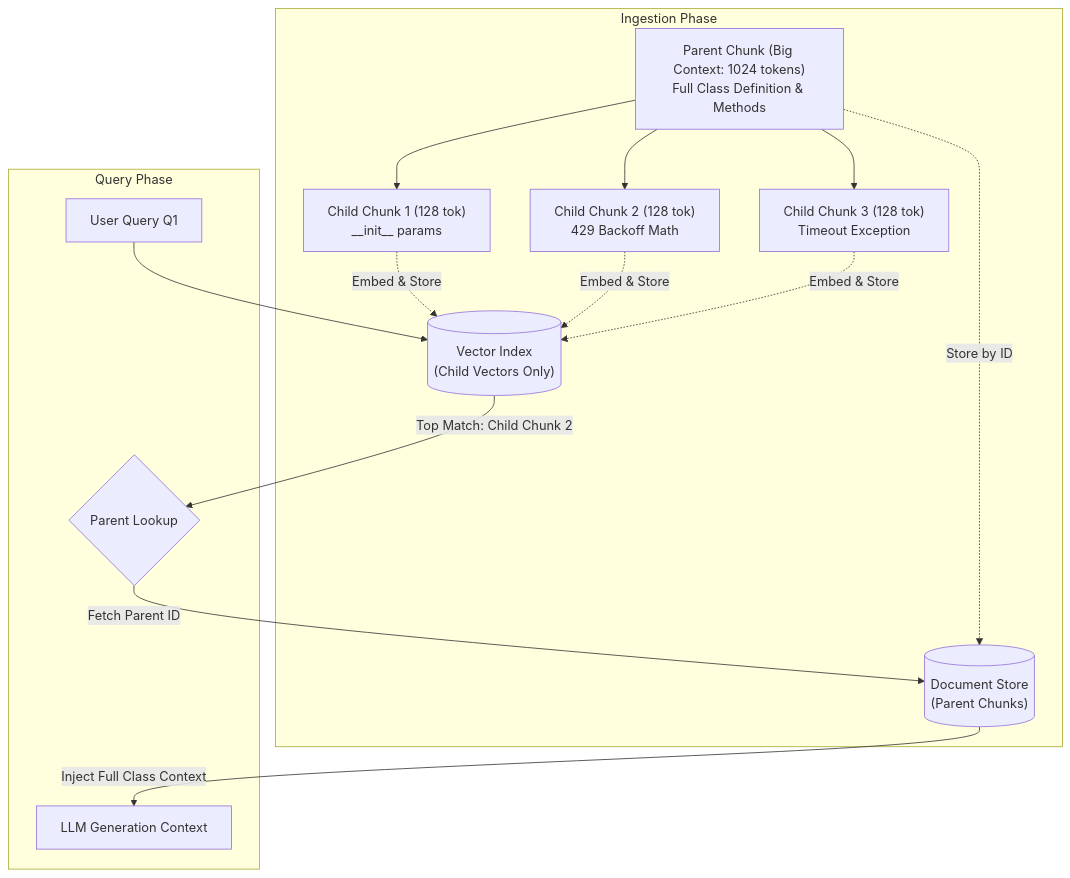
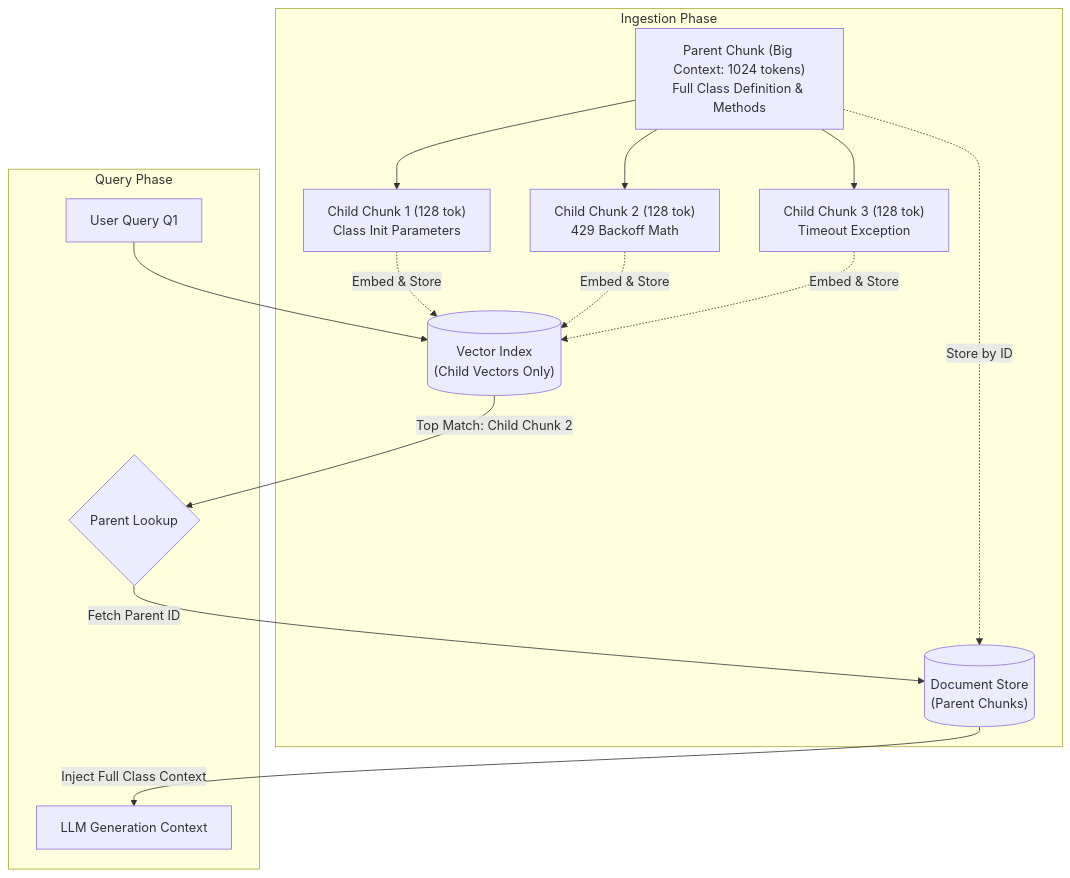
Before and after one commit to divyansh070/ml_notes: the fifth of 6 diagrams in rag-guide/01-ingestion.md, drawn with Mermaid. The commit also changed other lines of this file and 8 other files, not shown here.

Commit message:
fix(rag-guide): resolve Mermaid syntax, xychart, and MathJax rendering issues for GitHub

````diff
--- a/rag-guide/01-ingestion.md
+++ b/rag-guide/01-ingestion.md
@@ -457,20 +457,20 @@
 ```mermaid
 flowchart TD
     subgraph INDEXING ["Ingestion Phase"]
-        PARENT["Parent Chunk (Big Context: 1024 tokens)<br/>Full Class Definition & Methods"]
-        PARENT --> C1["Child Chunk 1 (128 tok)<br/>__init__ params"]
-        PARENT --> C2["Child Chunk 2 (128 tok)<br/>429 Backoff Math"]
-        PARENT --> C3["Child Chunk 3 (128 tok)<br/>Timeout Exception"]
-        C1 -. Embed & Store .-> VEC_DB[("Vector Index<br/>(Child Vectors Only)")]
-        C2 -. Embed & Store .-> VEC_DB
-        C3 -. Embed & Store .-> VEC_DB
-        PARENT -. Store by ID .-> DOC_STORE[("Document Store<br/>(Parent Chunks)")]
+        PARENT["Parent Chunk (Big Context: 1024 tokens)<br>Full Class Definition & Methods"]
+        PARENT --> C1["Child Chunk 1 (128 tok)<br>Class Init Parameters"]
+        PARENT --> C2["Child Chunk 2 (128 tok)<br>429 Backoff Math"]
+        PARENT --> C3["Child Chunk 3 (128 tok)<br>Timeout Exception"]
+        C1 -.->|"Embed & Store"| VEC_DB[("Vector Index<br>(Child Vectors Only)")]
+        C2 -.->|"Embed & Store"| VEC_DB
+        C3 -.->|"Embed & Store"| VEC_DB
+        PARENT -.->|"Store by ID"| DOC_STORE[("Document Store<br>(Parent Chunks)")]
     end
 
     subgraph RETRIEVAL ["Query Phase"]
         QUERY["User Query Q1"] --> VEC_DB
         VEC_DB -->|Top Match: Child Chunk 2| ROUTER{"Parent Lookup"}
         ROUTER -->|Fetch Parent ID| DOC_STORE
         DOC_STORE -->|Inject Full Class Context| LLM["LLM Generation Context"]
     end
 ```
````
